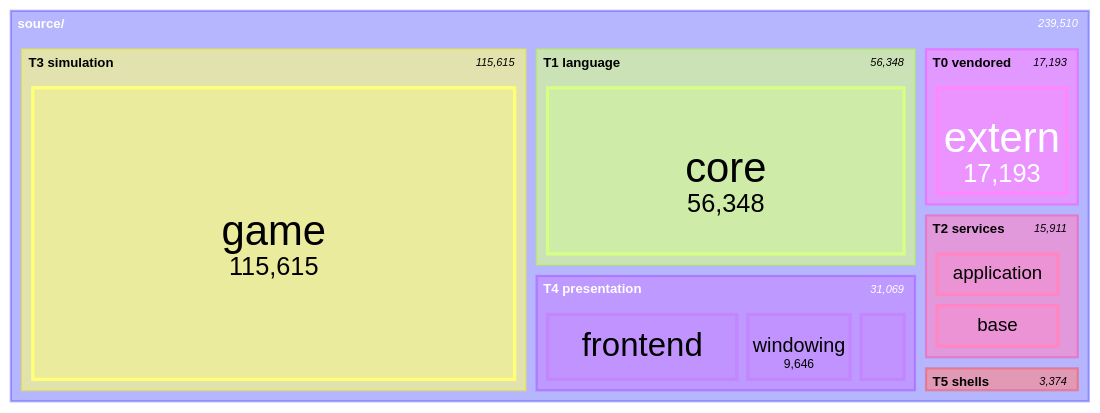
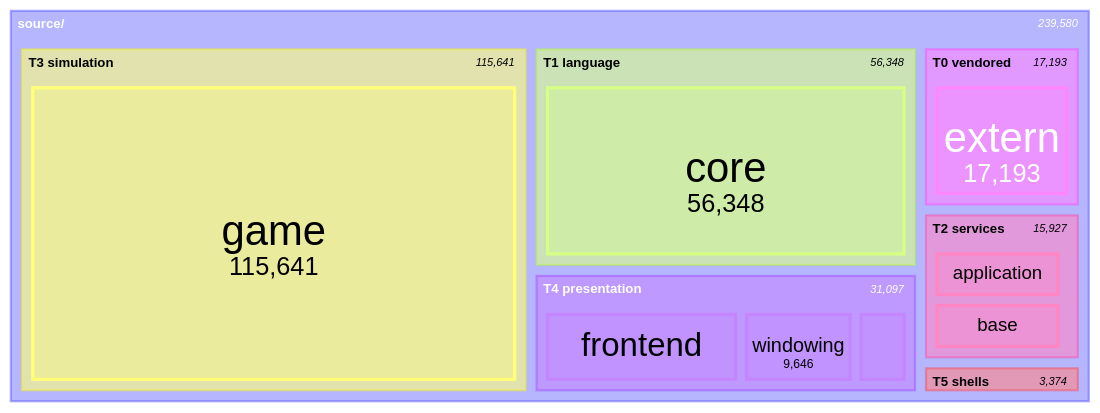
The seventh of 11 diagrams in docs/architecture/system-boundaries.md (apnex/OpenStarbound), drawn with Mermaid before and after one commit. The commit also changed other lines of this file and 8 other files, not shown here.

````diff
--- a/docs/architecture/system-boundaries.md
+++ b/docs/architecture/system-boundaries.md
@@ -592,22 +592,22 @@
 ```mermaid
 treemap-beta
 "source/"
     "T0 vendored"
         "extern": 17193
     "T1 language"
         "core": 56348
     "T2 services"
-        "application": 7473
+        "application": 7489
         "base": 7449
         "metrics": 847
         "platform": 142
     "T3 simulation"
-        "game": 115615
+        "game": 115641
     "T4 presentation"
         "frontend": 16863
         "windowing": 9646
-        "rendering": 4560
+        "rendering": 4588
     "T5 shells"
         "client": 2591
         "server": 783
 ```
````
